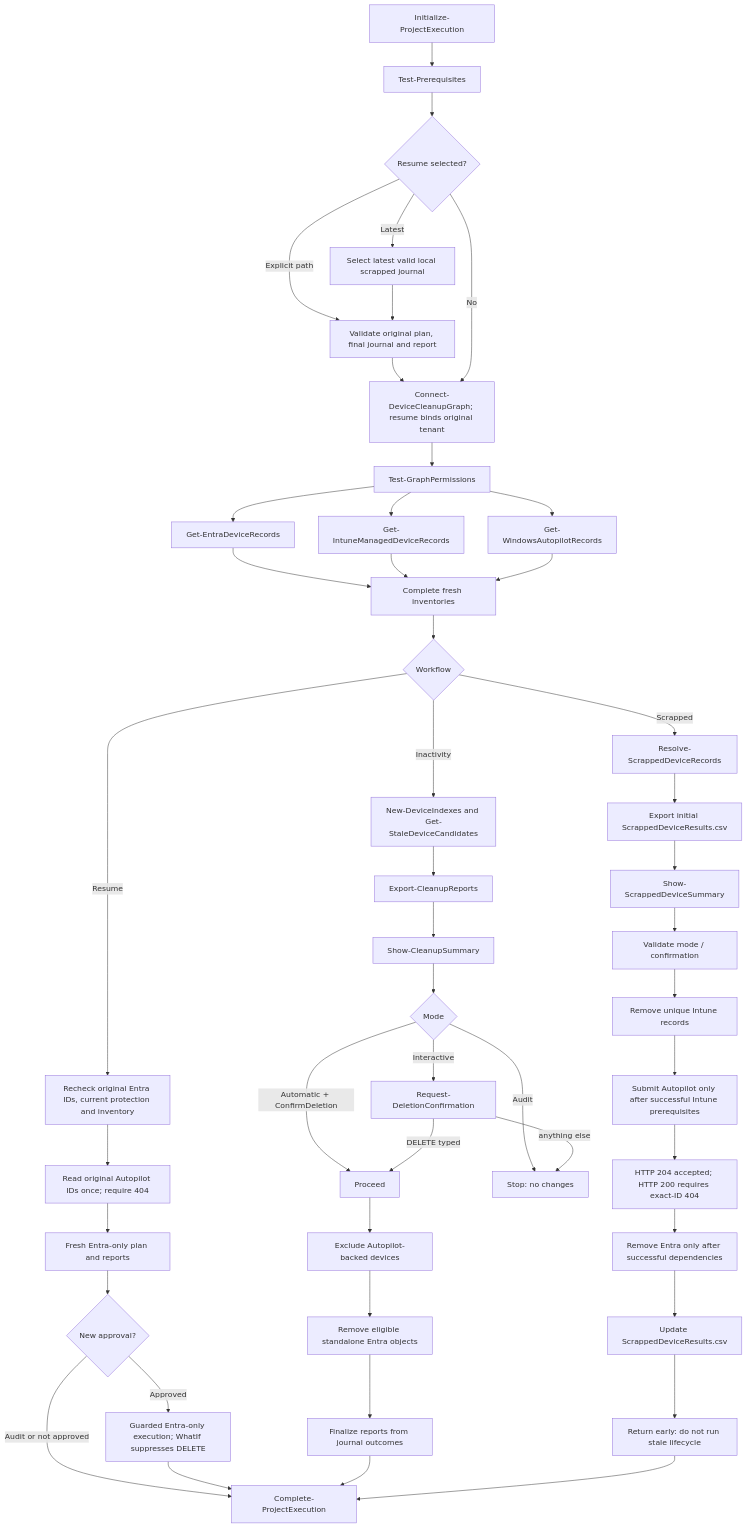
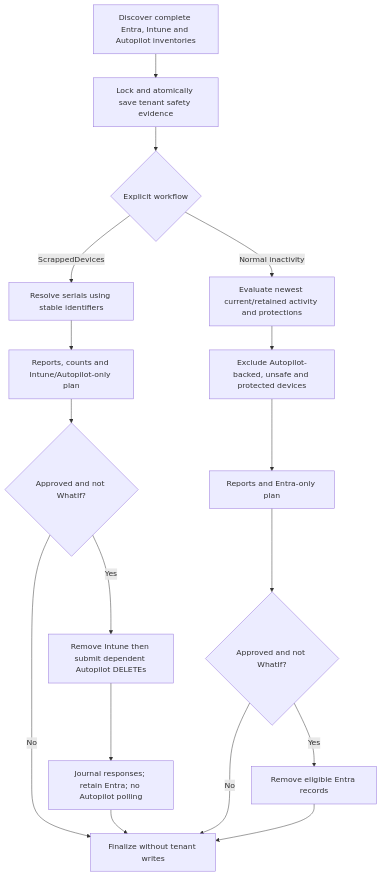
The diagram in docs/Architecture.md (AteaTom/delete-stale-device-records-msgraph), drawn with Mermaid before and after one commit. The commit also changed other lines of this file and 25 other files, not shown here.

First line of the commit message:
Implement two-run device retirement and scalable journals

````diff
--- a/docs/Architecture.md
+++ b/docs/Architecture.md
@@ -10,49 +5,19 @@
 ```mermaid
 flowchart TD
-    A[Initialize-ProjectExecution] --> B[Test-Prerequisites]
-    B --> R{Resume selected?}
-    R -->|Latest| R1[Select latest valid local scrapped journal]
-    R -->|Explicit path| R2[Validate original plan, final journal and report]
-    R1 --> R2
-    R2 --> C[Connect-DeviceCleanupGraph; resume binds original tenant]
-    R -->|No| C
-    C --> D[Test-GraphPermissions]
-    D --> E[Get-EntraDeviceRecords]
-    D --> F[Get-IntuneManagedDeviceRecords]
-    D --> G[Get-WindowsAutopilotRecords]
-    E --> H[Complete fresh inventories]
-    F --> H
-    G --> H
-    H --> X{Workflow}
-    X -->|Scrapped| Y[Resolve-ScrappedDeviceRecords]
-    X -->|Resume| RR[Recheck original Entra IDs, current protection and inventory]
-    RR --> RV[Read original Autopilot IDs once; require 404]
-    RV --> RP[Fresh Entra-only plan and reports]
-    RP --> RC{New approval?}
-    RC -->|Audit or not approved| Z5[Complete-ProjectExecution]
-    RC -->|Approved| RE[Guarded Entra-only execution; WhatIf suppresses DELETE]
-    RE --> Z5
-   Y --> Y1[Export initial ScrappedDeviceResults.csv]
-   Y1 --> Y2[Show-ScrappedDeviceSummary]
-   Y2 --> Z1[Validate mode / confirmation]
-   Z1 --> ZA[Remove unique Intune records]
-    ZA --> ZB[Submit Autopilot only after successful Intune prerequisites]
-    ZB --> ZV[HTTP 204 accepted; HTTP 200 requires exact-ID 404]
-    ZV --> ZC[Remove Entra only after successful dependencies]
-    ZC --> Z3[Update ScrappedDeviceResults.csv]
-    Z3 --> Z4[Return early: do not run stale lifecycle]
-    X -->|Inactivity| I[New-DeviceIndexes and Get-StaleDeviceCandidates]
-    I --> J[Export-CleanupReports]
-    J --> K[Show-CleanupSummary]
-    K --> L{Mode}
-    L -->|Audit| M[Stop: no changes]
-    L -->|Interactive| N[Request-DeletionConfirmation]
-    L -->|Automatic + ConfirmDeletion| O[Proceed]
-    N -->|DELETE typed| O
-    N -->|anything else| M
-   O --> P[Exclude Autopilot-backed devices]
-   P --> T[Remove eligible standalone Entra objects]
-    T --> V[Finalize reports from journal outcomes]
-    V --> Z5
-    Z4 --> Z5
+    A[Discover complete Entra, Intune and Autopilot inventories] --> B[Lock and atomically save tenant safety evidence]
+    B --> C{Explicit workflow}
+    C -->|ScrappedDevices| D[Resolve serials using stable identifiers]
+    D --> E[Reports, counts and Intune/Autopilot-only plan]
+    E --> F{Approved and not WhatIf?}
+    F -->|Yes| G[Remove Intune then submit dependent Autopilot DELETEs]
+    F -->|No| H[Finalize without tenant writes]
+    G --> I[Journal responses; retain Entra; no Autopilot polling]
+    I --> H
+    C -->|Normal inactivity| J[Evaluate newest current/retained activity and protections]
+    J --> K[Exclude Autopilot-backed, unsafe and protected devices]
+    K --> L[Reports and Entra-only plan]
+    L --> M{Approved and not WhatIf?}
+    M -->|Yes| N[Remove eligible Entra records]
+    M -->|No| H
+    N --> H
 ```
````
